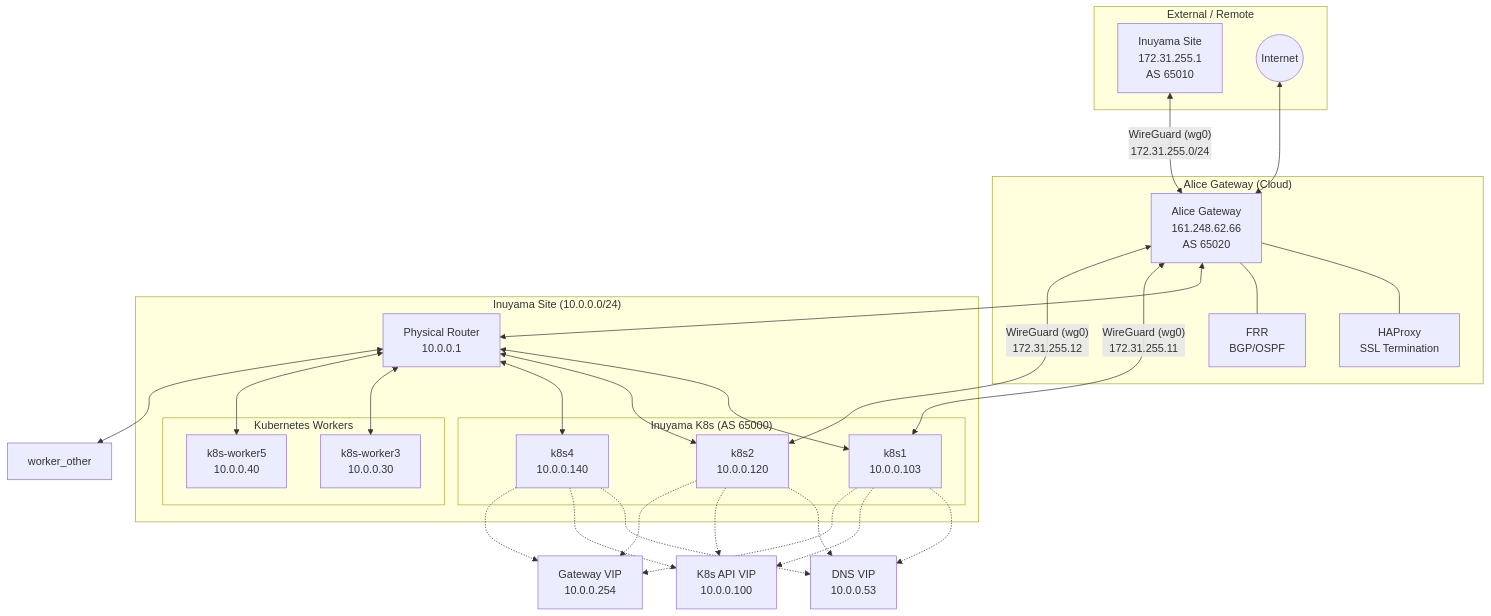
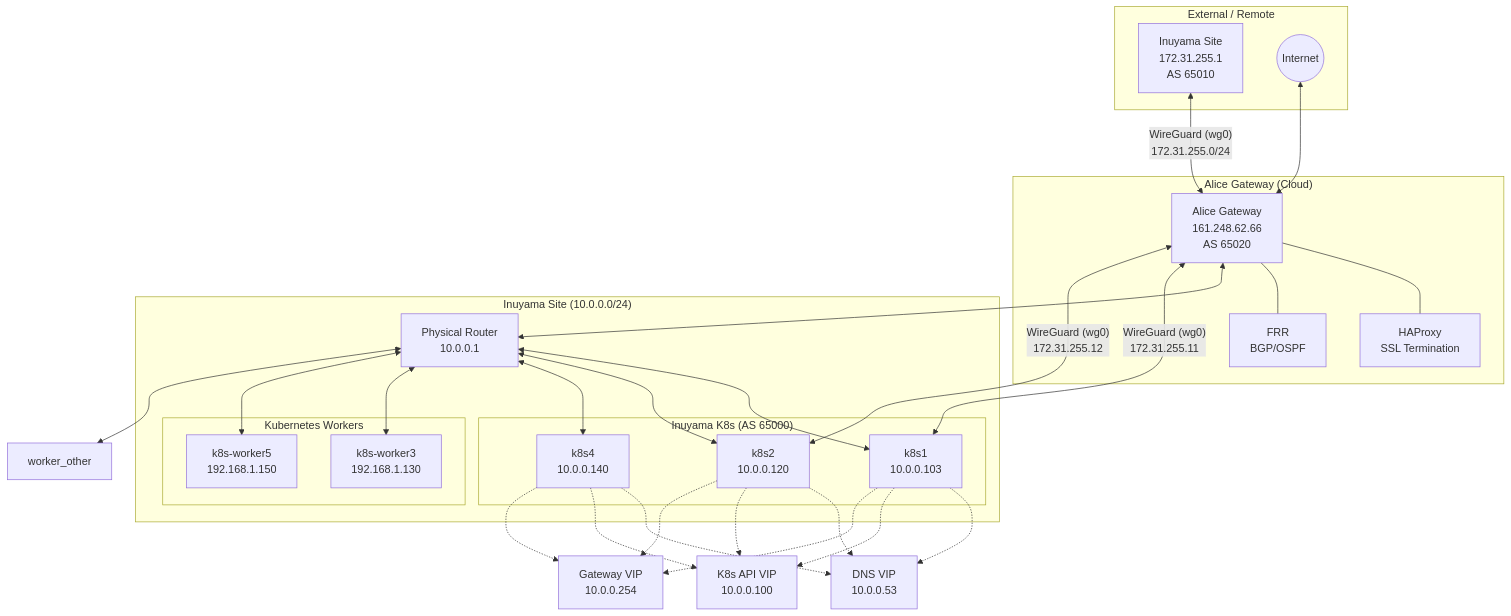
One commit to kigawa-net/infra changed the first of 2 diagrams in docs/network.md. Above: the diagram before and after it, drawn with Mermaid. The commit also changed other lines of this file and 6 other files, not shown here.

````diff
--- a/docs/network.md
+++ b/docs/network.md
@@ -189,56 +208,56 @@
 ```mermaid
 graph TB
     subgraph "External / Remote"
         Inuyama[Inuyama Site<br/>172.31.255.1<br/>AS 65010]
         Internet((Internet))
     end
 
     subgraph "Alice Gateway (Cloud)"
         Alice[Alice Gateway<br/>161.248.62.66<br/>AS 65020]
         HAProxy[HAProxy<br/>SSL Termination]
         FRR[FRR<br/>BGP/OSPF]
         Alice --- HAProxy
         Alice --- FRR
     end
 
     subgraph "Inuyama Site (10.0.0.0/24)"
         subgraph "Inuyama K8s (AS 65000)"
             k8s1[k8s1<br/>10.0.0.103]
             k8s2[k8s2<br/>10.0.0.120]
             k8s4[k8s4<br/>10.0.0.140]
         end
 
         subgraph "Kubernetes Workers"
-            worker3[k8s-worker3<br/>10.0.0.30]
-            worker5[k8s-worker5<br/>10.0.0.40]
+            worker3[k8s-worker3<br/>192.168.1.130]
+            worker5[k8s-worker5<br/>192.168.1.150]
         end
 
         Router[Physical Router<br/>10.0.0.1]
     end
 
     %% Connections
     Internet <--> Alice
     Inuyama <-- "WireGuard (wg0)<br/>172.31.255.0/24" --> Alice
     k8s1 <-- "WireGuard (wg0)<br/>172.31.255.11" --> Alice
     k8s2 <-- "WireGuard (wg0)<br/>172.31.255.12" --> Alice
     Alice <--> Router
     Router <--> k8s1
     Router <--> k8s2
     Router <--> k8s4
     Router <--> worker3
     Router <--> worker5
     Router <--> worker_other
 
     %% VIPs
     k8s1 -.-> VIP_DNS[DNS VIP<br/>10.0.0.53]
     k8s2 -.-> VIP_DNS
     k8s4 -.-> VIP_DNS
 
     k8s1 -.-> VIP_K8S[K8s API VIP<br/>10.0.0.100]
     k8s2 -.-> VIP_K8S
     k8s4 -.-> VIP_K8S
 
     k8s1 -.-> VIP_GW[Gateway VIP<br/>10.0.0.254]
     k8s2 -.-> VIP_GW
     k8s4 -.-> VIP_GW
 ```
````
